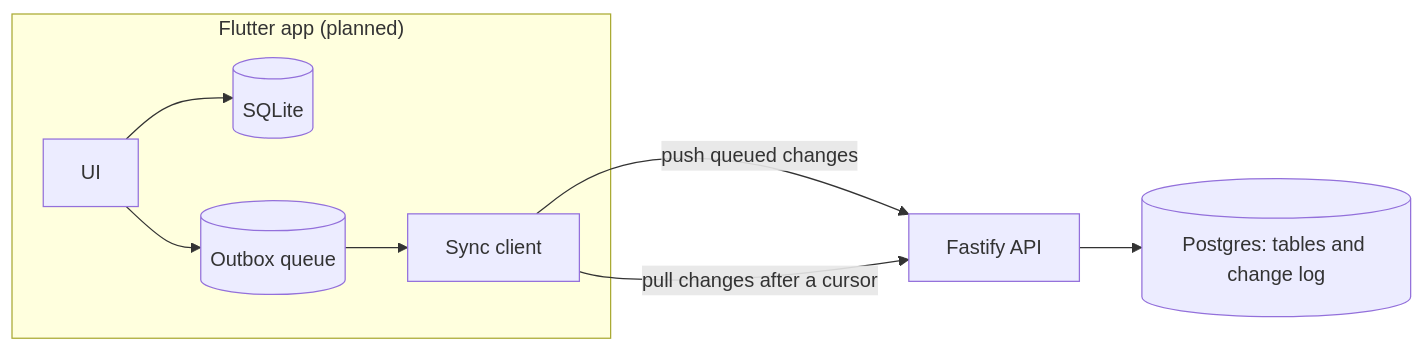
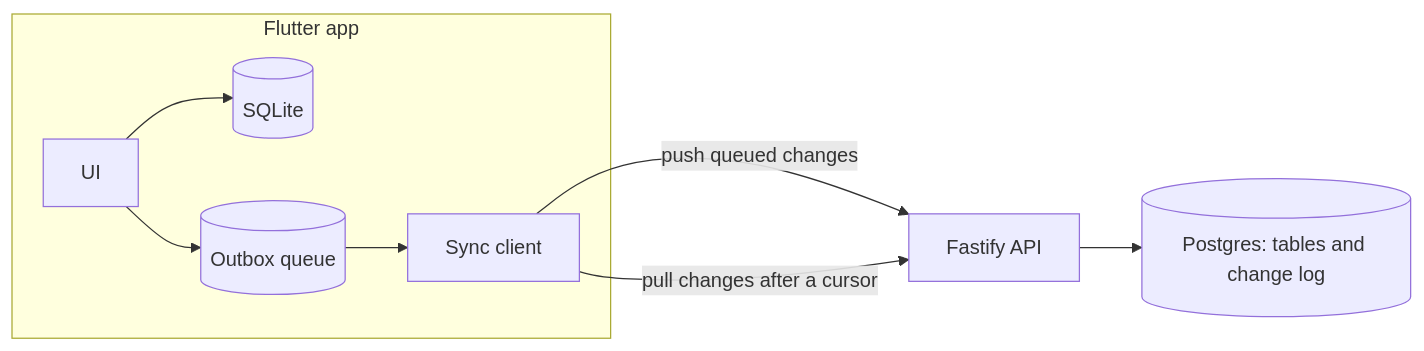
One commit to rahul14rz/offline-first-sync changed the diagram in README.md. Above: the diagram before and after it, drawn with Mermaid. The commit also changed other lines of this file and 4 other files, not shown here.

First line of the commit message:
docs: document the Flutter app and record its design in ADR 0003

````diff
--- a/README.md
+++ b/README.md
@@ -19,11 +21,11 @@
 ```mermaid
 flowchart LR
-  subgraph phone["Flutter app (planned)"]
+  subgraph phone["Flutter app"]
     ui[UI] --> sqlite[(SQLite)]
     ui --> outbox[(Outbox queue)]
     outbox --> client[Sync client]
   end
   client -- "push queued changes" --> api[Fastify API]
   client -- "pull changes after a cursor" --> api
   api --> pg[(Postgres: tables and change log)]
 ```
````
